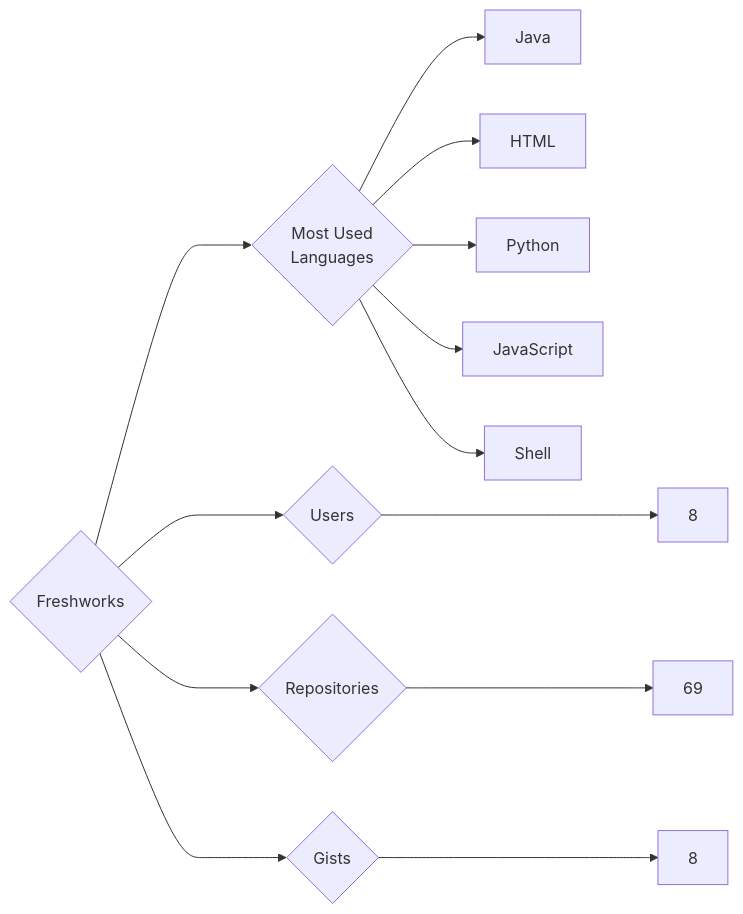
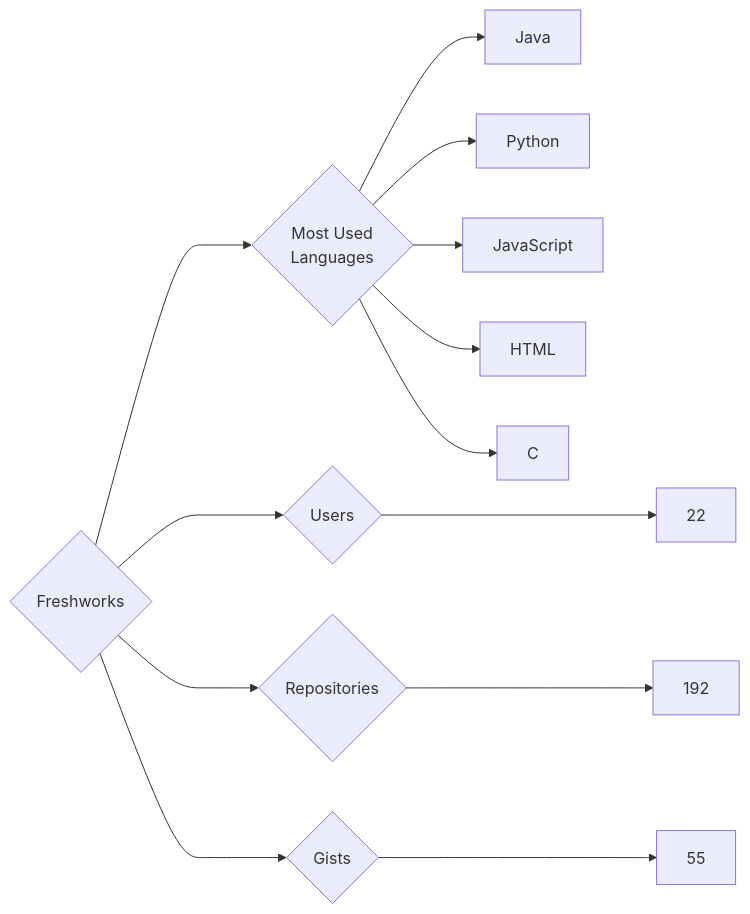
Before and after one commit to trickest/insiders: the diagram in targets/Freshworks/README.md, drawn with Mermaid. The commit also changed 944 other files, not shown here.

````diff
--- a/targets/Freshworks/README.md
+++ b/targets/Freshworks/README.md
@@ -3,13 +3,13 @@
 ```mermaid
 graph LR
 COMPANY_NAME{Freshworks}
-COMPANY_NAME ---> U{Users} ---> UN[8]
-COMPANY_NAME ---> R{Repositories} ---> RN[69]
-COMPANY_NAME ---> G{Gists} ---> GN[8]
+COMPANY_NAME ---> U{Users} ---> UN[22]
+COMPANY_NAME ---> R{Repositories} ---> RN[192]
+COMPANY_NAME ---> G{Gists} ---> GN[55]
 COMPANY_NAME ---> ML{Most Used<br>Languages}
 ML --> Java[Java]
-ML --> HTML[HTML]
 ML --> Python[Python]
 ML --> JavaScript[JavaScript]
-ML --> Shell[Shell]
+ML --> HTML[HTML]
+ML --> C[C]
 ```
````
